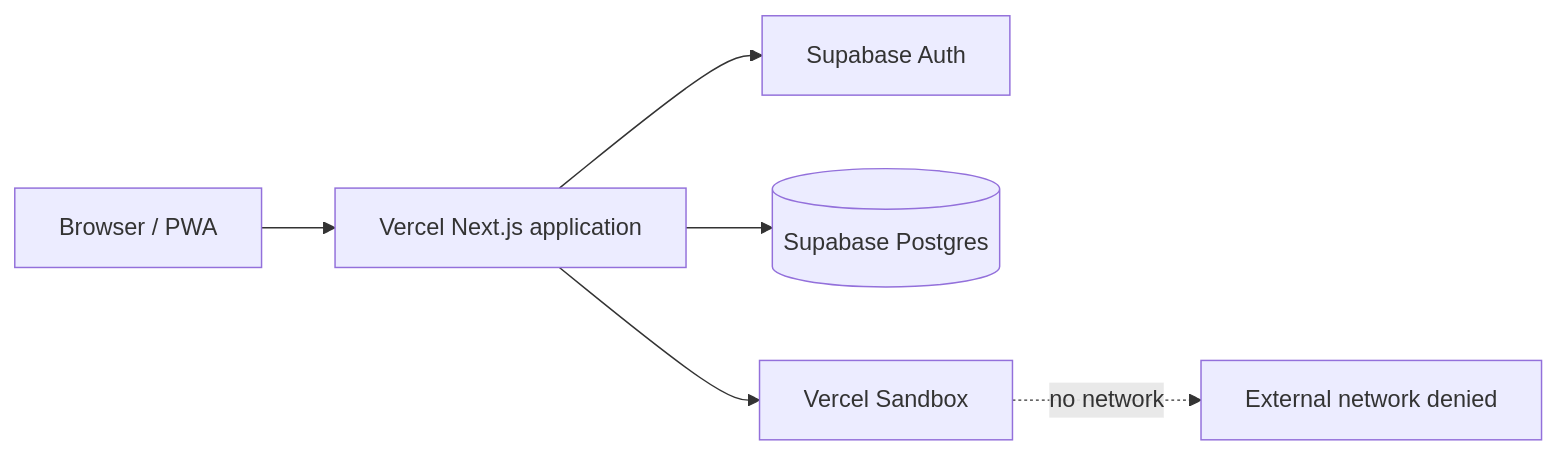
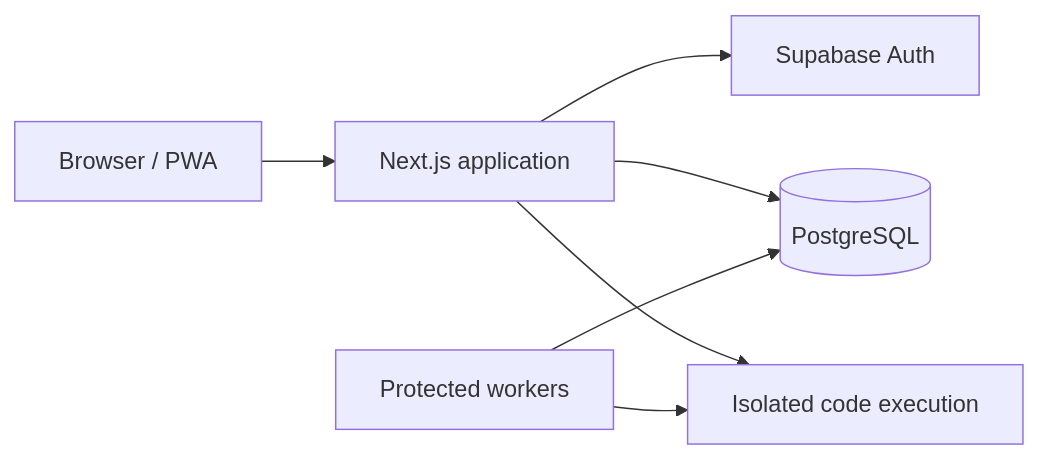
The diagram in docs/ARCHITECTURE.md (AdithyaDevi3/Leetcode-App), drawn with Mermaid before and after one commit. The commit also changed other lines of this file and 61 other files, not shown here.

````diff
--- a/docs/ARCHITECTURE.md
+++ b/docs/ARCHITECTURE.md
@@ -10,8 +8,9 @@
 ```mermaid
 flowchart LR
-  Browser[Browser / PWA] --> Vercel[Vercel Next.js application]
-  Vercel --> Auth[Supabase Auth]
-  Vercel --> DB[(Supabase Postgres)]
-  Vercel --> Sandbox[Vercel Sandbox]
-  Sandbox -. no network .-> Blocked[External network denied]
+    Browser[Browser / PWA] --> Web[Next.js application]
+    Web --> Auth[Supabase Auth]
+    Web --> DB[(PostgreSQL)]
+    Worker[Protected workers] --> DB
+    Web --> Sandbox[Isolated code execution]
+    Worker --> Sandbox
 ```
````
